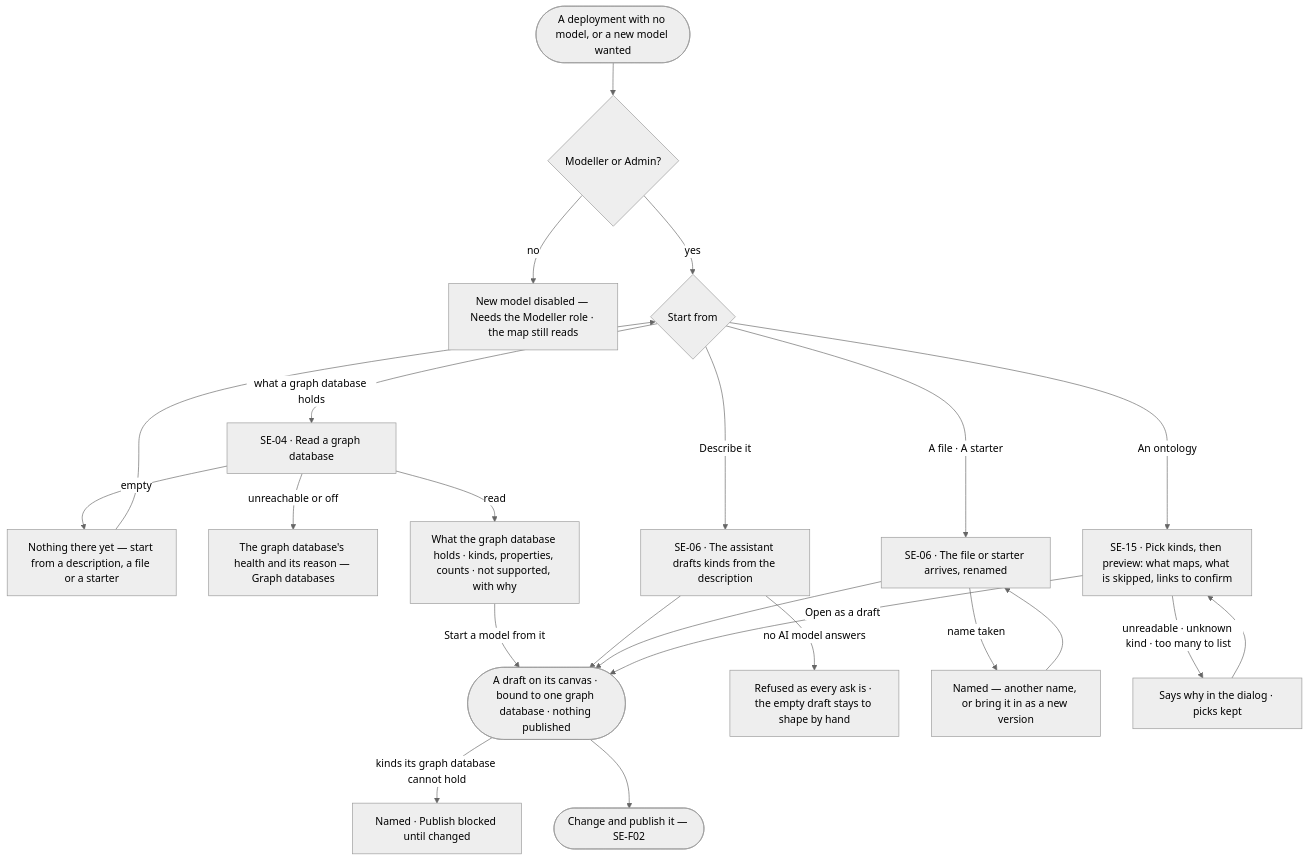
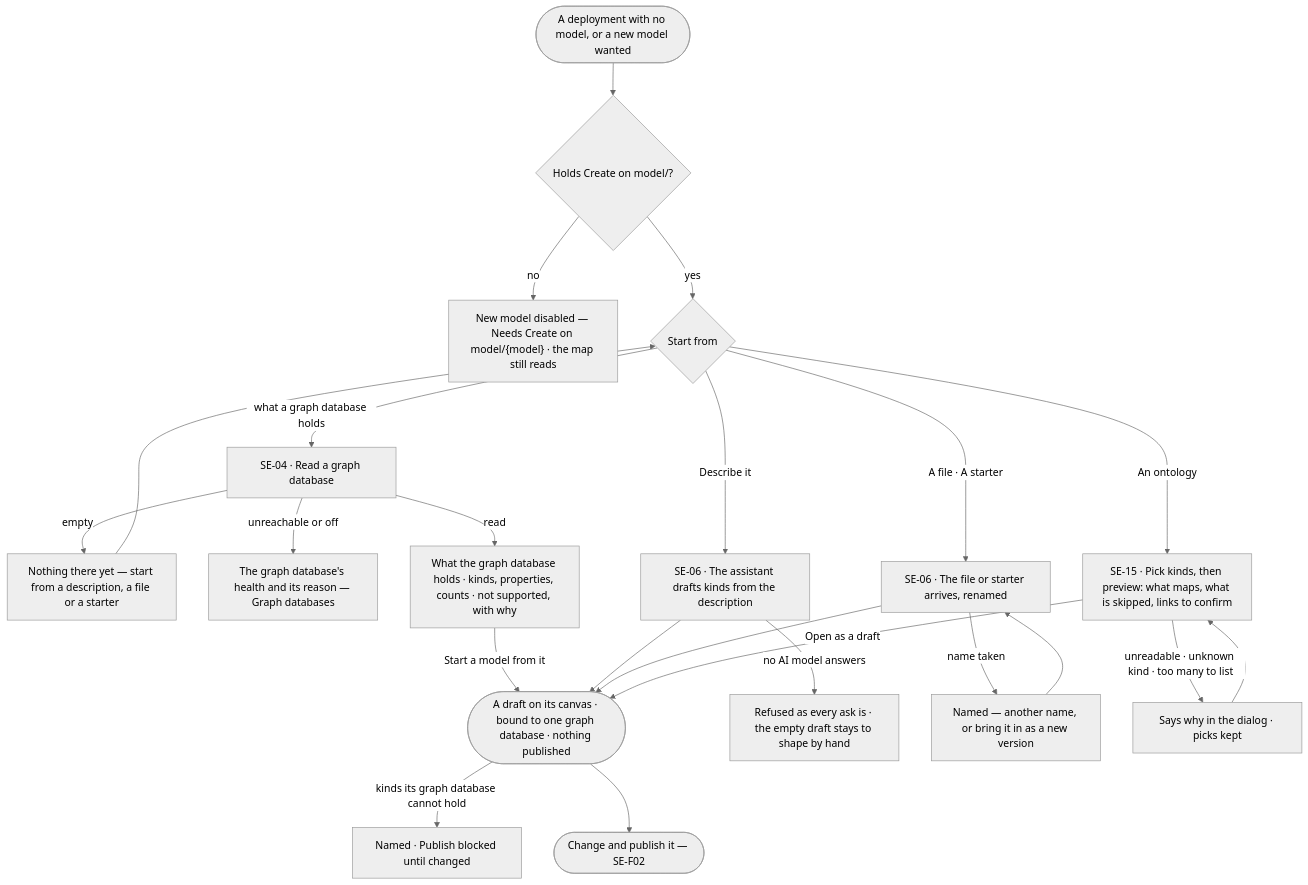
One commit to invana/invana changed the first of 2 diagrams in specs/capabilities/semantics/features/SE-F01-start-a-model/feature.md. Above: the diagram before and after it, drawn with Mermaid (neutral theme). The commit also changed other lines of this file and 228 other files, not shown here.

````diff
--- a/specs/capabilities/semantics/features/SE-F01-start-a-model/feature.md
+++ b/specs/capabilities/semantics/features/SE-F01-start-a-model/feature.md
@@ -26,22 +26,22 @@
 ```mermaid
 flowchart TD
-  start([A deployment with no model, or a new model wanted]) --> may{Modeller or Admin?}
-  may -->|no| na["New model disabled — Needs the Modeller role · the map still reads"]
+  start([A deployment with no model, or a new model wanted]) --> may{"Holds Create on model/<model>?"}
+  may -->|no| na["New model disabled — Needs Create on model/{model} · the map still reads"]
   may -->|yes| from{Start from}
   from -->|what a graph database holds| r["SE-04 · Read a graph database"]
   r -->|empty| e["Nothing there yet — start from a description, a file or a starter"] --> from
   r -->|unreachable or off| u["The graph database's health and its reason — Graph databases"]
   r -->|read| m["What the graph database holds · kinds, properties, counts · not supported, with why"]
   m -->|Start a model from it| d
   from -->|Describe it| ds["SE-06 · The assistant drafts kinds from the description"]
   ds -->|no AI model answers| hand["Refused as every ask is · the empty draft stays to shape by hand"]
   ds --> d
   from -->|A file · A starter| f["SE-06 · The file or starter arrives, renamed"]
   f -->|name taken| nt["Named — another name, or bring it in as a new version"] --> f
   f --> d
   from -->|An ontology| o["SE-15 · Pick kinds, then preview: what maps, what is skipped, links to confirm"]
   o -->|unreadable · unknown kind · too many to list| oe["Says why in the dialog · picks kept"] --> o
   o -->|Open as a draft| d
   d(["A draft on its canvas · bound to one graph database · nothing published"]) -->|kinds its graph database cannot hold| np["Named · Publish blocked until changed"]
   d --> pub(["Change and publish it — SE-F02"])
 ```
````
